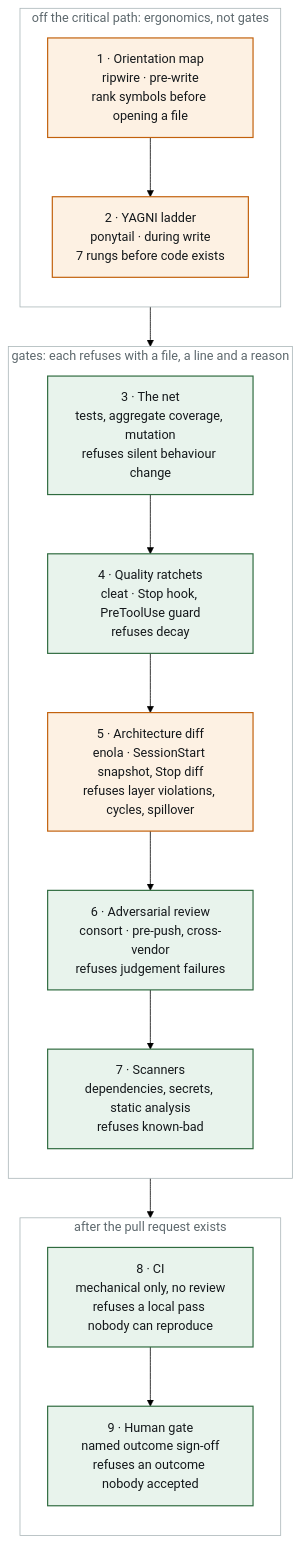
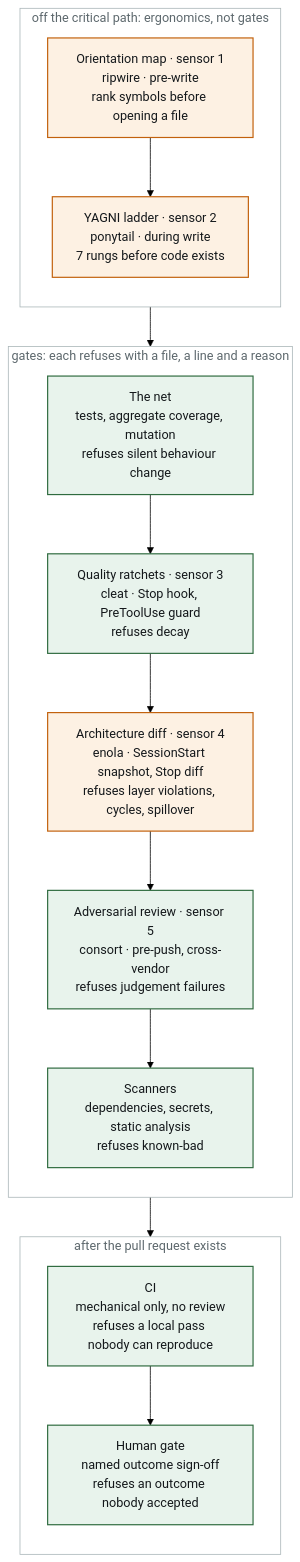
Before and after one commit to siimvene/software-factory: the diagram in README.md, drawn with Mermaid (forest theme). The commit also changed other lines of this file, not shown here.

````diff
--- a/README.md
+++ b/README.md
@@ -32,29 +33,29 @@
 ```mermaid
 flowchart TB
     subgraph ERGO["off the critical path: ergonomics, not gates"]
         direction TB
-        L1["1 · Orientation map<br/>ripwire · pre-write<br/>rank symbols before opening a file"]
-        L2["2 · YAGNI ladder<br/>ponytail · during write<br/>7 rungs before code exists"]
+        L1["Orientation map · sensor 1<br/>ripwire · pre-write<br/>rank symbols before opening a file"]
+        L2["YAGNI ladder · sensor 2<br/>ponytail · during write<br/>7 rungs before code exists"]
     end
     subgraph GATES["gates: each refuses with a file, a line and a reason"]
         direction TB
-        L3["3 · The net<br/>tests, aggregate coverage, mutation<br/>refuses silent behaviour change"]
-        L4["4 · Quality ratchets<br/>cleat · Stop hook, PreToolUse guard<br/>refuses decay"]
-        L5["5 · Architecture diff<br/>enola · SessionStart snapshot, Stop diff<br/>refuses layer violations, cycles, spillover"]
-        L6["6 · Adversarial review<br/>consort · pre-push, cross-vendor<br/>refuses judgement failures"]
-        L7["7 · Scanners<br/>dependencies, secrets, static analysis<br/>refuses known-bad"]
+        L3["The net<br/>tests, aggregate coverage, mutation<br/>refuses silent behaviour change"]
+        L4["Quality ratchets · sensor 3<br/>cleat · Stop hook, PreToolUse guard<br/>refuses decay"]
+        L5["Architecture diff · sensor 4<br/>enola · SessionStart snapshot, Stop diff<br/>refuses layer violations, cycles, spillover"]
+        L6["Adversarial review · sensor 5<br/>consort · pre-push, cross-vendor<br/>refuses judgement failures"]
+        L7["Scanners<br/>dependencies, secrets, static analysis<br/>refuses known-bad"]
     end
     subgraph AFTER["after the pull request exists"]
         direction TB
-        L8["8 · CI<br/>mechanical only, no review<br/>refuses a local pass nobody can reproduce"]
-        L9["9 · Human gate<br/>named outcome sign-off<br/>refuses an outcome nobody accepted"]
+        L8["CI<br/>mechanical only, no review<br/>refuses a local pass nobody can reproduce"]
+        L9["Human gate<br/>named outcome sign-off<br/>refuses an outcome nobody accepted"]
     end
     L1 --> L2 --> L3 --> L4 --> L5 --> L6 --> L7 --> L8 --> L9
 
     classDef measured fill:#e8f3ec,stroke:#2f6b3f,stroke-width:1.5px,color:#14181b;
     classDef designed fill:#fdf1e3,stroke:#c2610c,stroke-width:1.5px,color:#14181b;
     classDef frame fill:#00000000,stroke:#aab6b8,stroke-width:1px,color:#5d686d;
     class L3,L4,L6,L7,L8,L9 measured;
     class L1,L2,L5 designed;
     class ERGO,GATES,AFTER frame;
 ```
````
